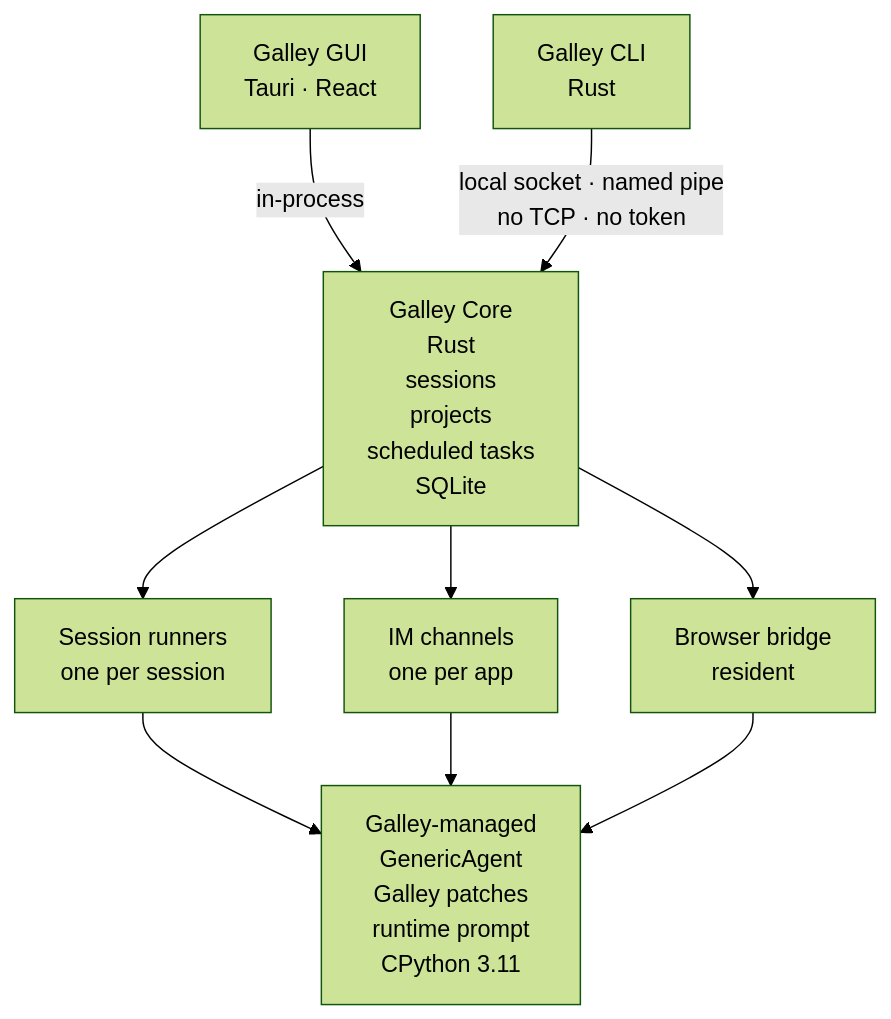
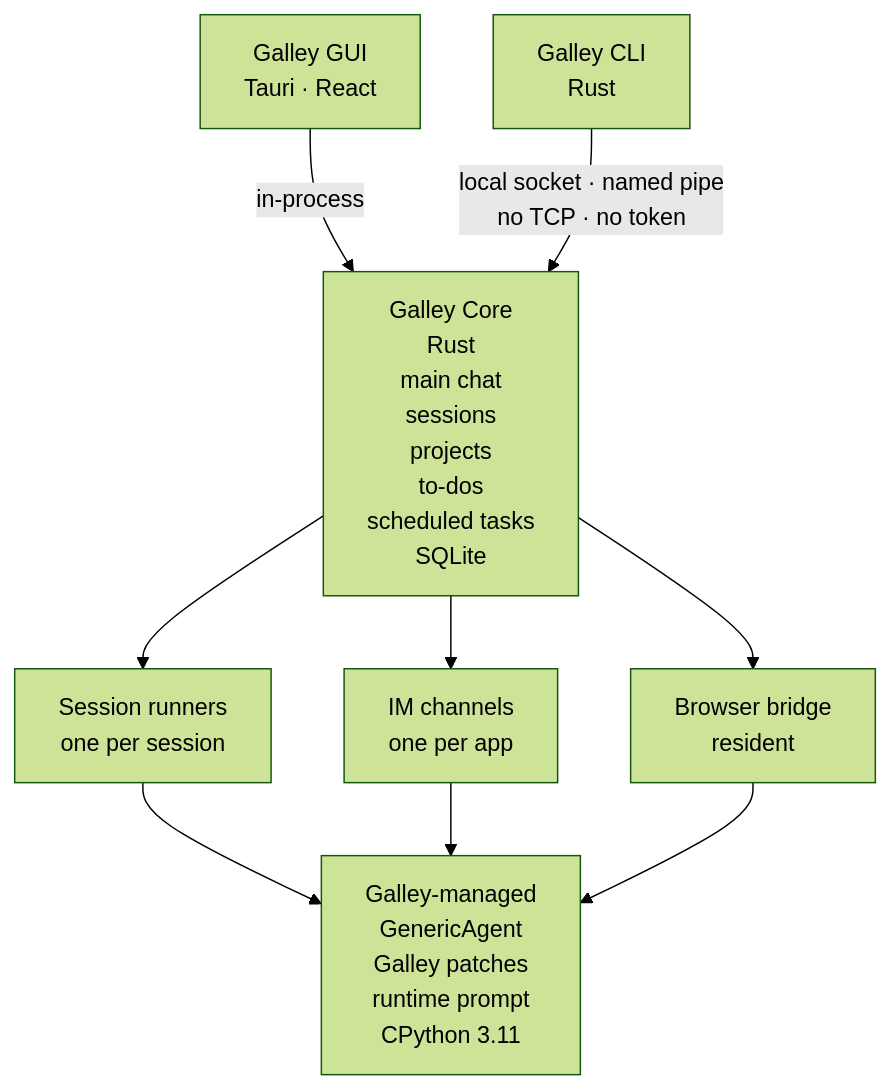
The diagram in README.md (wangjc683/galley), drawn with Mermaid (forest theme) before and after one commit. The commit also changed other lines of this file and 27 other files, not shown here.

````diff
--- a/README.md
+++ b/README.md
@@ -180,10 +190,10 @@
 ```mermaid
 flowchart TB
   GUI["Galley GUI<br/>Tauri · React"] -- in-process --> Core
   CLI["Galley CLI<br/>Rust"] -- "local socket · named pipe<br/>no TCP · no token" --> Core
-  Core["Galley Core<br/>Rust<br/>sessions<br/>projects<br/>scheduled tasks<br/>SQLite"]
+  Core["Galley Core<br/>Rust<br/>main chat<br/>sessions<br/>projects<br/>to-dos<br/>scheduled tasks<br/>SQLite"]
   Core --> R["Session runners<br/>one per session"]
   Core --> IM["IM channels<br/>one per app"]
   Core --> BB["Browser bridge<br/>resident"]
   R & IM & BB --> GA["Galley-managed<br/>GenericAgent<br/>Galley patches<br/>runtime prompt<br/>CPython 3.11"]
 ```
````
